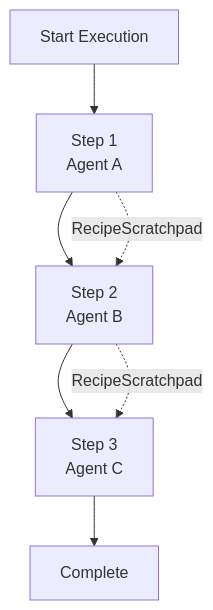
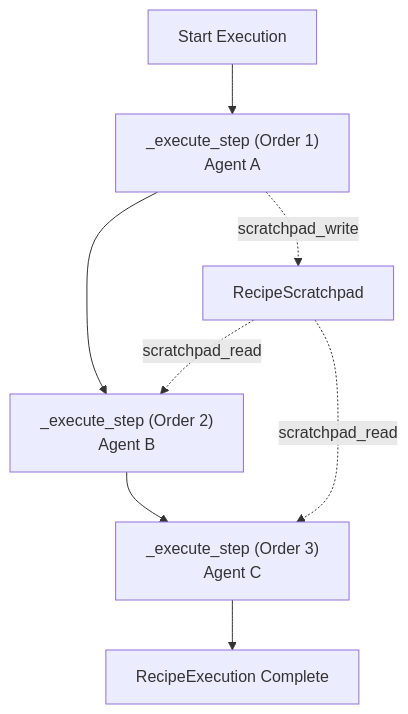
One commit to AutomatosAI/automatos-ai changed the first of 5 diagrams in docs/workflows-recipes/execution-configuration.md. Above: the diagram before and after it, drawn with Mermaid. The commit also changed other lines of this file and 153 other files, not shown here.

````diff
--- a/docs/workflows-recipes/execution-configuration.md
+++ b/docs/workflows-recipes/execution-configuration.md
@@ -66,10 +50,11 @@
 ```mermaid
 graph TB
-    Start["Start Execution"] --> Step1["Step 1<br/>Agent A"]
-    Step1 --> Step2["Step 2<br/>Agent B"]
-    Step2 --> Step3["Step 3<br/>Agent C"]
-    Step3 --> End["Complete"]
+    Start["Start Execution"] --> Step1["_execute_step (Order 1)<br/>Agent A"]
+    Step1 --> Step2["_execute_step (Order 2)<br/>Agent B"]
+    Step2 --> Step3["_execute_step (Order 3)<br/>Agent C"]
+    Step3 --> End["RecipeExecution Complete"]
     
-    Step1 -.->|"RecipeScratchpad"| Step2
-    Step2 -.->|"RecipeScratchpad"| Step3
+    Step1 -.->|"scratchpad_write"| Scratchpad["RecipeScratchpad"]
+    Scratchpad -.->|"scratchpad_read"| Step2
+    Scratchpad -.->|"scratchpad_read"| Step3
 ```
````
